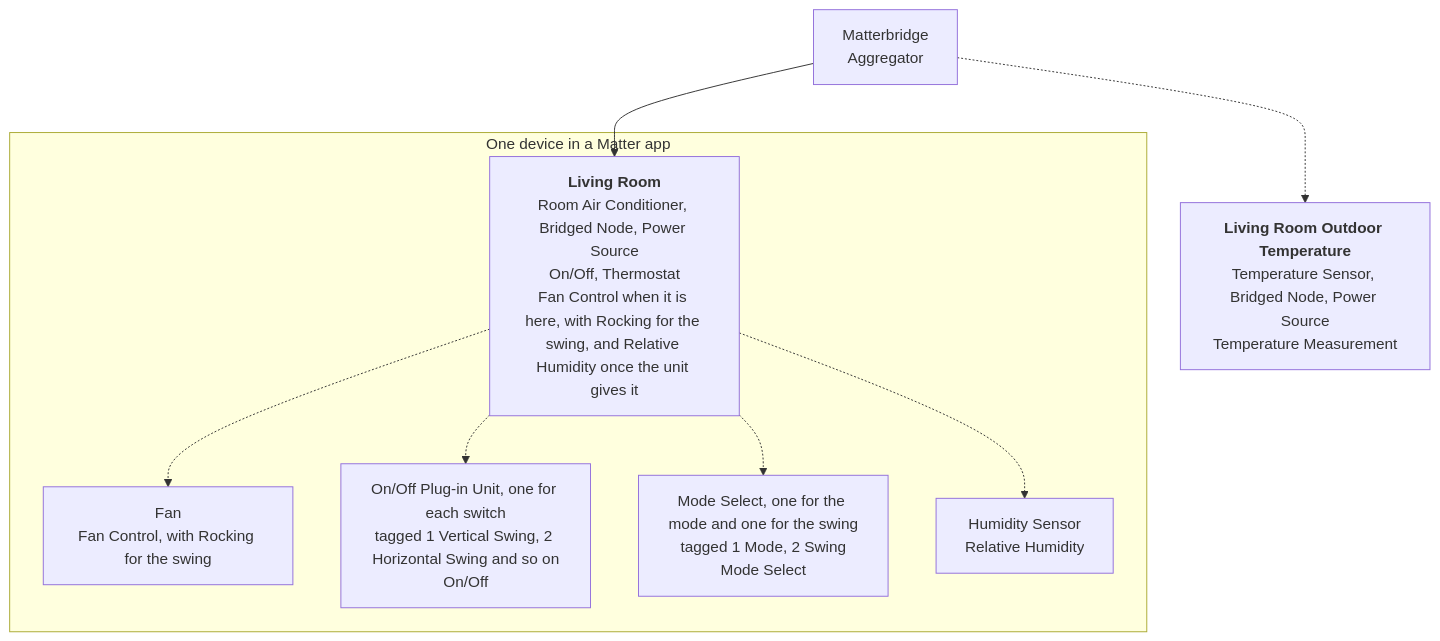
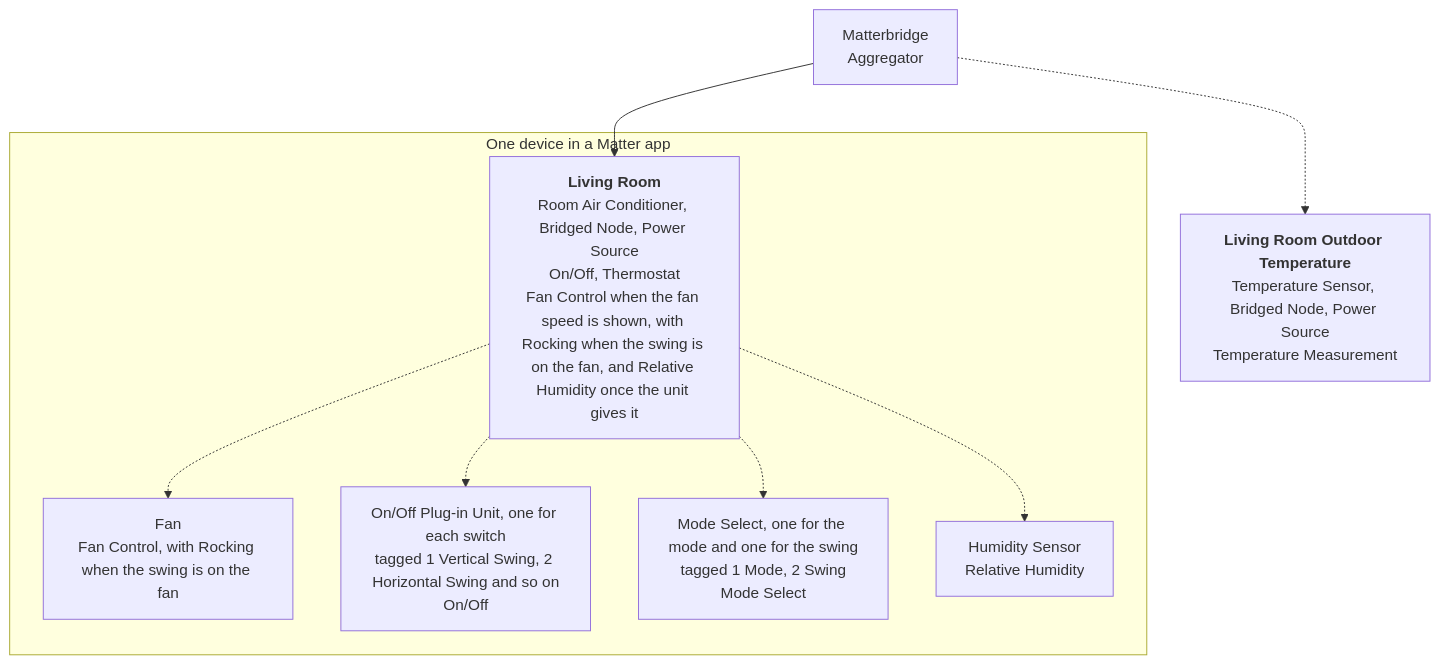
The first of 2 diagrams in README.md (cheziyi/matterbridge-daikin-local), drawn with Mermaid before and after one commit. The commit also changed other lines of this file and 8 other files, not shown here.

First line of the commit message:
fix(devices): show the rocking only for the swing on the fan, never beside the switches or the select

````diff
--- a/README.md
+++ b/README.md
@@ -117,18 +117,18 @@
 ```mermaid
 flowchart TD
     bridge["Matterbridge<br/>Aggregator"]
     subgraph device["One device in a Matter app"]
-        ac["<b>Living Room</b><br/>Room Air Conditioner, Bridged Node, Power Source<br/>On/Off, Thermostat<br/>Fan Control when it is here, with Rocking for the swing, and Relative Humidity once the unit gives it"]
-        fan["Fan<br/>Fan Control, with Rocking for the swing"]
+        ac["<b>Living Room</b><br/>Room Air Conditioner, Bridged Node, Power Source<br/>On/Off, Thermostat<br/>Fan Control when the fan speed is shown, with Rocking when the swing is on the fan, and Relative Humidity once the unit gives it"]
+        fan["Fan<br/>Fan Control, with Rocking when the swing is on the fan"]
         switches["On/Off Plug-in Unit, one for each switch<br/>tagged 1 Vertical Swing, 2 Horizontal Swing and so on<br/>On/Off"]
         selects["Mode Select, one for the mode and one for the swing<br/>tagged 1 Mode, 2 Swing<br/>Mode Select"]
         humidity["Humidity Sensor<br/>Relative Humidity"]
     end
     outdoor["<b>Living Room Outdoor Temperature</b><br/>Temperature Sensor, Bridged Node, Power Source<br/>Temperature Measurement"]
     bridge --> ac
     ac -.-> fan
     ac -.-> switches
     ac -.-> selects
     ac -.-> humidity
     bridge -.-> outdoor
 ```
````
